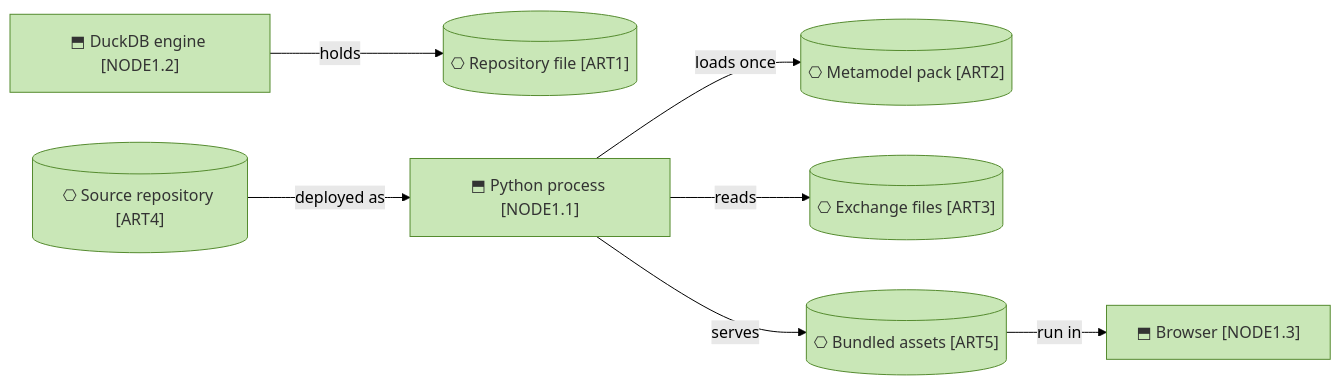
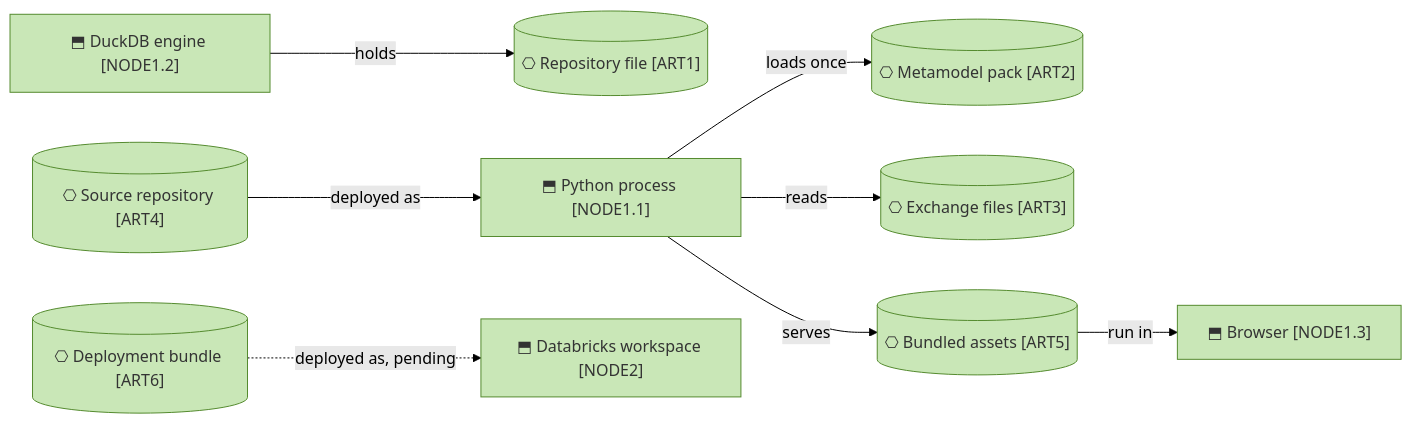
The fourth of 4 diagrams in architecture/5_technology/1_runtime.md (roanboc/dbx-enterprise-architecture), drawn with Mermaid (forest theme) before and after one commit. The commit also changed other lines of this file and 16 other files, not shown here.

First line of the commit message:
docs: initiative 13 aligned through the layers, the roadmap in flight, decisions 0011 and 0012

````diff
--- a/architecture/5_technology/1_runtime.md
+++ b/architecture/5_technology/1_runtime.md
@@ -90,19 +101,22 @@
 ```mermaid
 flowchart LR
   file[("⎔ Repository file [ART1]")]:::technology
   pack[("⎔ Metamodel pack [ART2]")]:::technology
   csv[("⎔ Exchange files [ART3]")]:::technology
   code[("⎔ Source repository [ART4]")]:::technology
   assets[("⎔ Bundled assets [ART5]")]:::technology
+  bundle[("⎔ Deployment bundle [ART6]")]:::technology
   duck["⬒ DuckDB engine [NODE1.2]"]:::technology
   py["⬒ Python process [NODE1.1]"]:::technology
   browser["⬒ Browser [NODE1.3]"]:::technology
+  dbx["⬒ Databricks workspace [NODE2]"]:::technology
   duck -->|holds| file
   py -->|loads once| pack
   py -->|reads| csv
   code -->|deployed as| py
   py -->|serves| assets
   assets -->|run in| browser
+  bundle -.->|deployed as, pending| dbx
 
   classDef technology fill:#c9e7b7,stroke:#558b2f,color:#333
 ```
````
